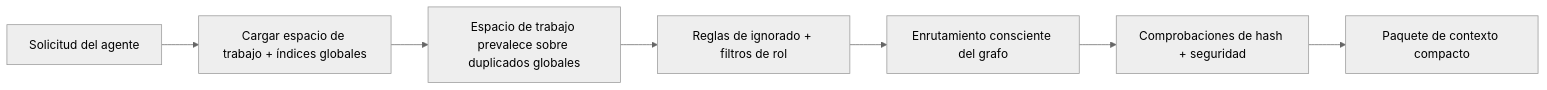
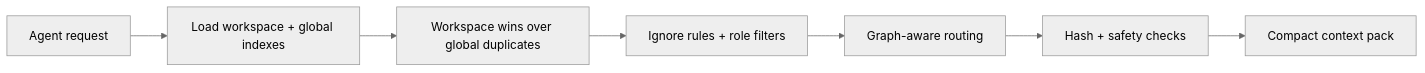
One commit to the-long-ride/engram changed the diagram in website/i18n/es/docusaurus-plugin-content-docs/version-0.0.27/concepts/read-path.md. Above: the diagram before and after it, drawn with Mermaid (neutral theme). The commit also changed other lines of this file and 826 other files, not shown here.

````diff
--- a/website/i18n/es/docusaurus-plugin-content-docs/version-0.0.27/concepts/read-path.md
+++ b/website/i18n/es/docusaurus-plugin-content-docs/version-0.0.27/concepts/read-path.md
@@ -44,9 +44,9 @@
 ```mermaid
 flowchart LR
-  A[Solicitud del agente] --> B[Cargar espacio de trabajo + índices globales]
-  B --> C[Espacio de trabajo prevalece sobre duplicados globales]
-  C --> D[Reglas de ignorado + filtros de rol]
-  D --> E[Enrutamiento consciente del grafo]
-  E --> F[Comprobaciones de hash + seguridad]
-  F --> G[Paquete de contexto compacto]
+  A[Agent request] --> B[Load workspace + global indexes]
+  B --> C[Workspace wins over global duplicates]
+  C --> D[Ignore rules + role filters]
+  D --> E[Graph-aware routing]
+  E --> F[Hash + safety checks]
+  F --> G[Compact context pack]
 ```
````
